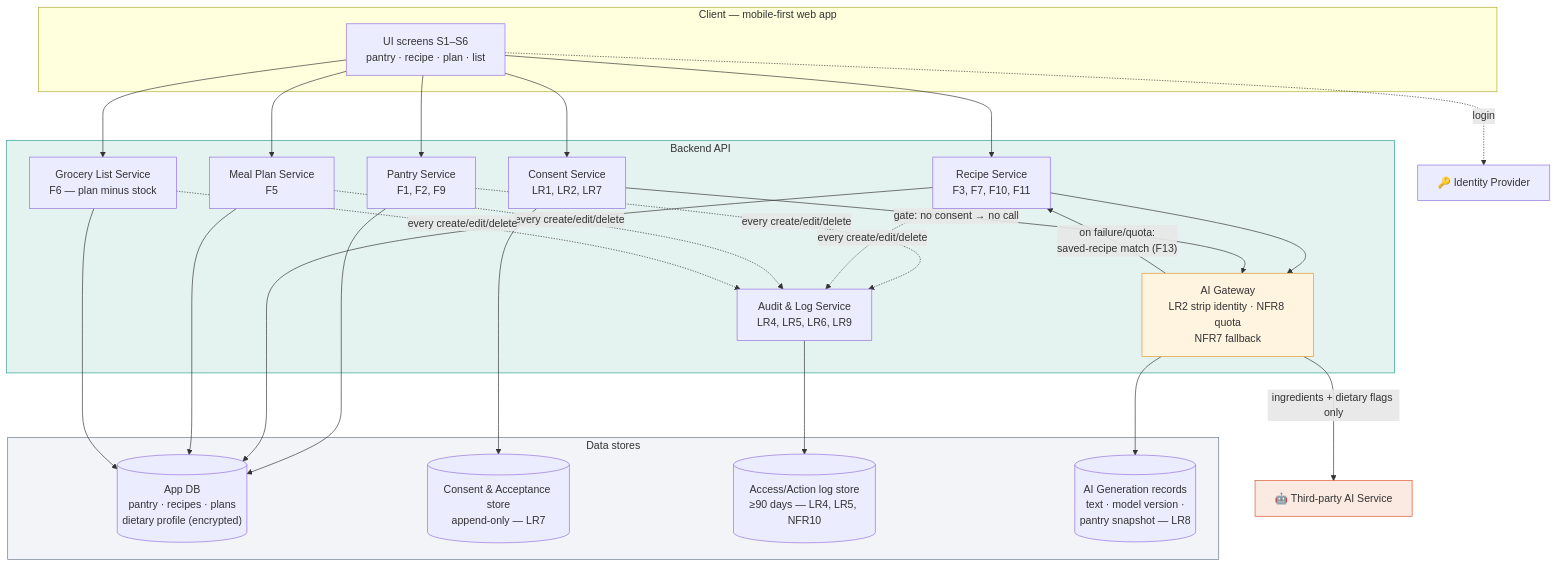
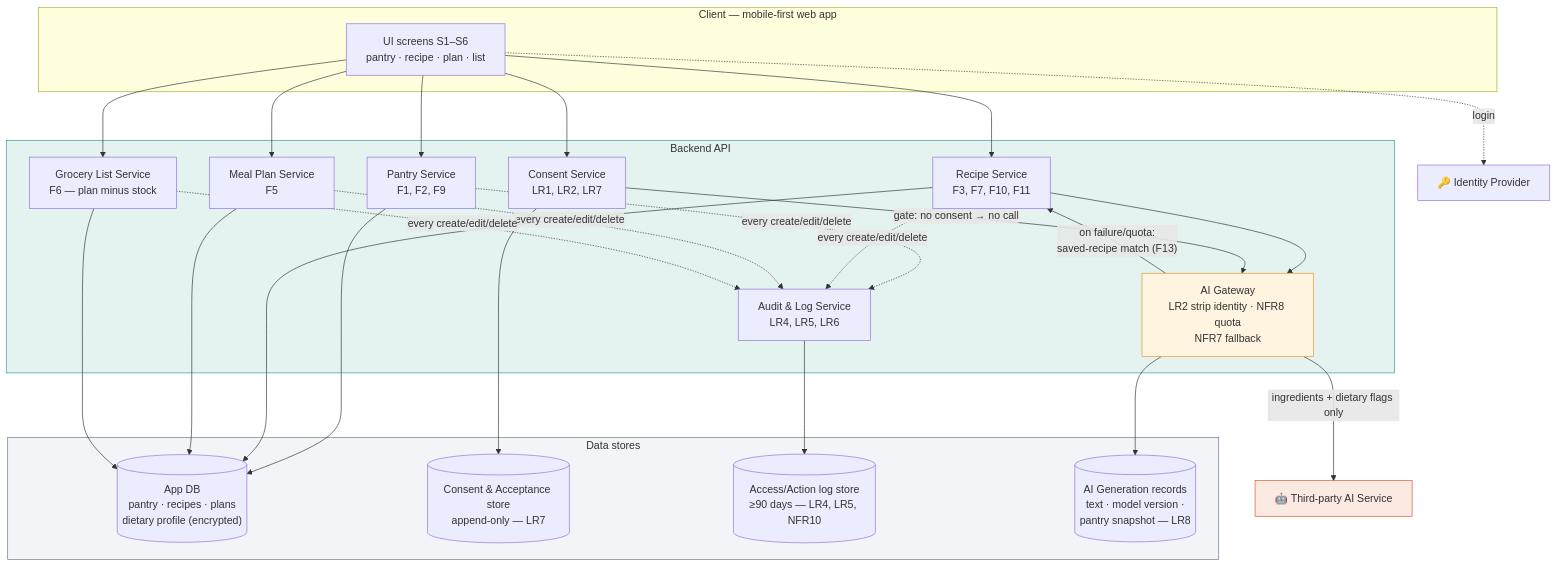
One commit to eaindraysupan1005/smart-recipe-planner changed the diagram in .docs/02-design/04-diagrams/03-architecture.md. Above: the diagram before and after it, drawn with Mermaid. The commit also changed 8 other files, not shown here.

````diff
--- a/.docs/02-design/04-diagrams/03-architecture.md
+++ b/.docs/02-design/04-diagrams/03-architecture.md
@@ -6,46 +6,46 @@
 ```mermaid
 flowchart TB
     subgraph CLIENT["Client — mobile-first web app"]
         ui["UI screens S1–S6<br/>pantry · recipe · plan · list"]
     end
 
     subgraph BACKEND["Backend API"]
         pantrySvc["Pantry Service<br/>F1, F2, F9"]
         recipeSvc["Recipe Service<br/>F3, F7, F10, F11"]
         planSvc["Meal Plan Service<br/>F5"]
         listSvc["Grocery List Service<br/>F6 — plan minus stock"]
         consentSvc["Consent Service<br/>LR1, LR2, LR7"]
-        auditSvc["Audit & Log Service<br/>LR4, LR5, LR6, LR9"]
+        auditSvc["Audit & Log Service<br/>LR4, LR5, LR6"]
         aiGw["AI Gateway<br/>LR2 strip identity · NFR8 quota<br/>NFR7 fallback"]
     end
 
     subgraph DATA["Data stores"]
         appDb[("App DB<br/>pantry · recipes · plans<br/>dietary profile (encrypted)")]
         consentDb[("Consent & Acceptance store<br/>append-only — LR7")]
         logDb[("Access/Action log store<br/>≥90 days — LR4, LR5, NFR10")]
         genDb[("AI Generation records<br/>text · model version ·<br/>pantry snapshot — LR8")]
     end
 
     ext["🤖 Third-party AI Service"]
     idp["🔑 Identity Provider"]
 
     ui --> pantrySvc & recipeSvc & planSvc & listSvc & consentSvc
     ui -.->|"login"| idp
 
     recipeSvc --> aiGw
     aiGw -->|"ingredients + dietary flags only"| ext
     aiGw -->|"on failure/quota:<br/>saved-recipe match (F13)"| recipeSvc
     aiGw --> genDb
 
     consentSvc -->|"gate: no consent → no call"| aiGw
     pantrySvc & recipeSvc & planSvc --> appDb
     consentSvc --> consentDb
     pantrySvc & recipeSvc & planSvc & listSvc -.->|"every create/edit/delete"| auditSvc
     auditSvc --> logDb
     listSvc --> appDb
 
     style BACKEND fill:#E4F2F0,stroke:#2A9D8F
     style DATA fill:#F3F4F7,stroke:#6A7686
     style ext fill:#FBEAE2,stroke:#D9542B
     style aiGw fill:#FFF4E0,stroke:#E1972B
 ```
````
